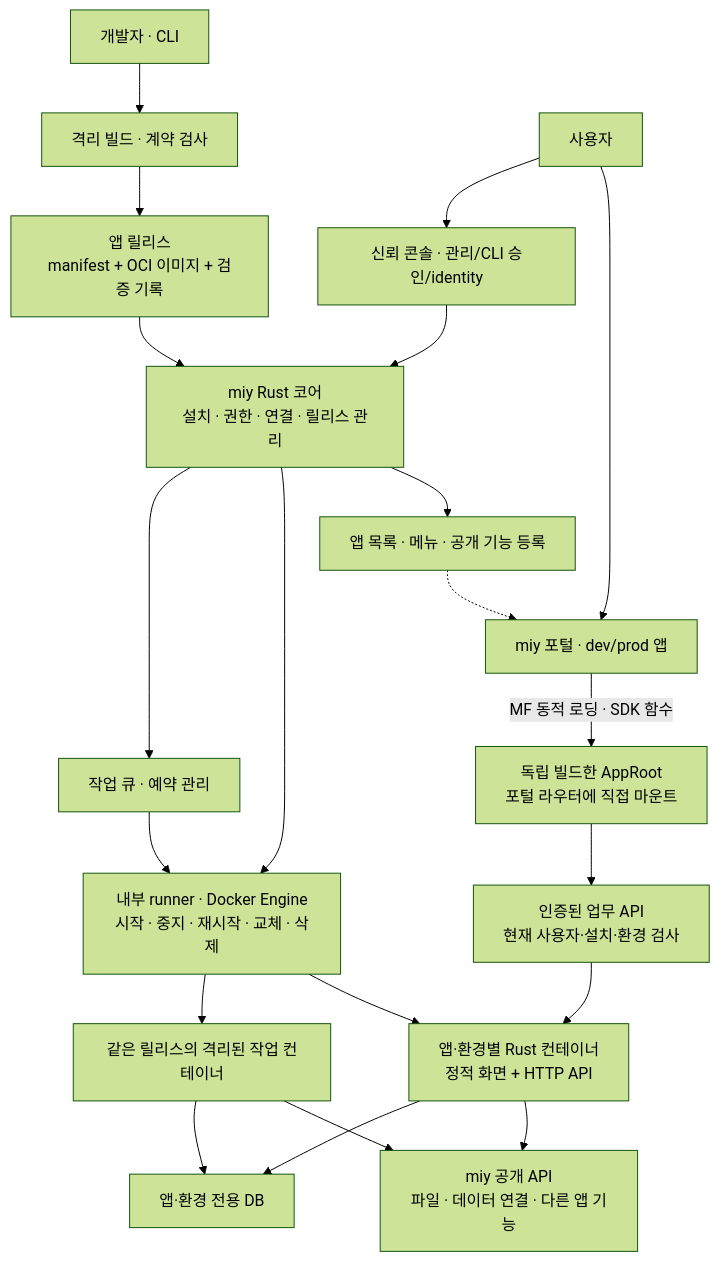
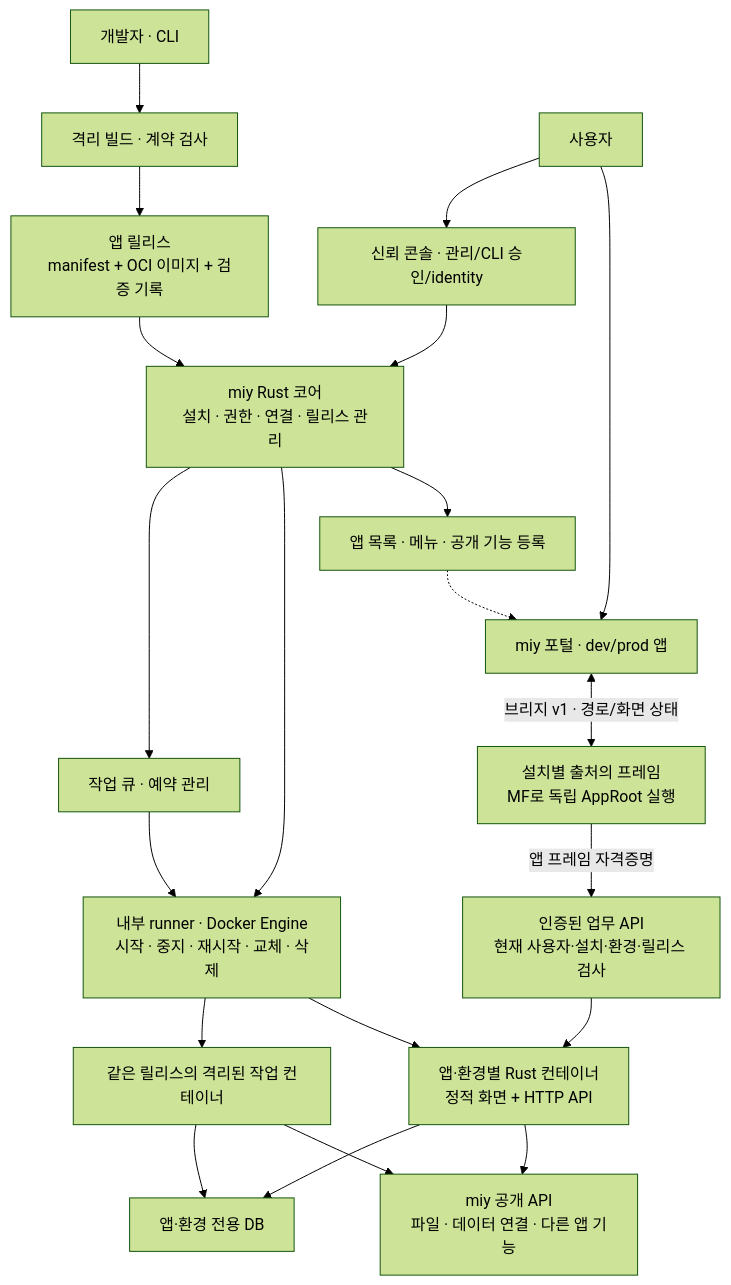
The diagram in docs/DEVELOPMENT.md (hurxxxx/miy-v2), drawn with Mermaid (forest theme) before and after one commit. The commit also changed other lines of this file and 48 other files, not shown here.

````diff
--- a/docs/DEVELOPMENT.md
+++ b/docs/DEVELOPMENT.md
@@ -271,23 +271,23 @@
 ```mermaid
 flowchart TB
   Dev["개발자 · CLI"] --> Build["격리 빌드 · 계약 검사"]
   Build --> Release["앱 릴리스<br/>manifest + OCI 이미지 + 검증 기록"]
   Release --> Control["miy Rust 코어<br/>설치 · 권한 · 연결 · 릴리스 관리"]
   Control --> Catalog["앱 목록 · 메뉴 · 공개 기능 등록"]
   Control --> Runner["내부 runner · Docker Engine<br/>시작 · 중지 · 재시작 · 교체 · 삭제"]
   User["사용자"] --> Portal["miy 포털 · dev/prod 앱"]
   User --> Console["신뢰 콘솔 · 관리/CLI 승인/identity"]
   Console --> Control
   Catalog -.-> Portal
-  Portal -->|"MF 동적 로딩 · SDK 함수"| UI["독립 빌드한 AppRoot<br/>포털 라우터에 직접 마운트"]
-  UI --> Gateway["인증된 업무 API<br/>현재 사용자·설치·환경 검사"]
+  Portal <-->|"브리지 v1 · 경로/화면 상태"| UI["설치별 출처의 프레임<br/>MF로 독립 AppRoot 실행"]
+  UI -->|"앱 프레임 자격증명"| Gateway["인증된 업무 API<br/>현재 사용자·설치·환경·릴리스 검사"]
   Gateway --> API["앱·환경별 Rust 컨테이너<br/>정적 화면 + HTTP API"]
   Runner --> API
   Control --> Queue["작업 큐 · 예약 관리"]
   Queue --> Runner
   Runner --> Jobs["같은 릴리스의 격리된 작업 컨테이너"]
   API --> Platform["miy 공개 API<br/>파일 · 데이터 연결 · 다른 앱 기능"]
   Jobs --> Platform
   API --> DB["앱·환경 전용 DB"]
   Jobs --> DB
 ```
````
